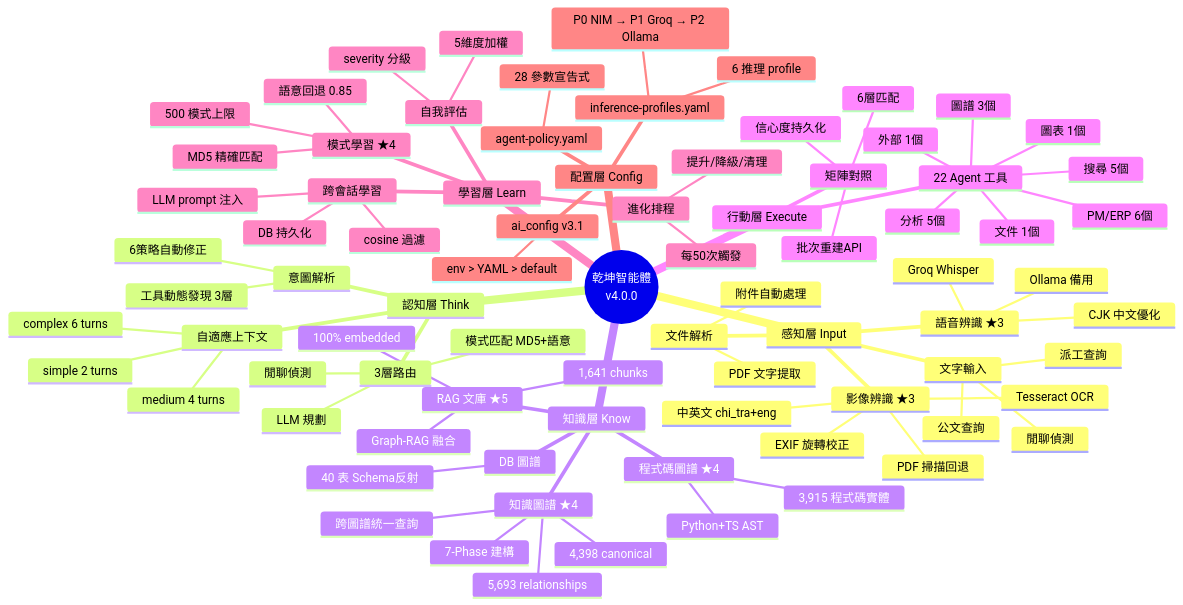
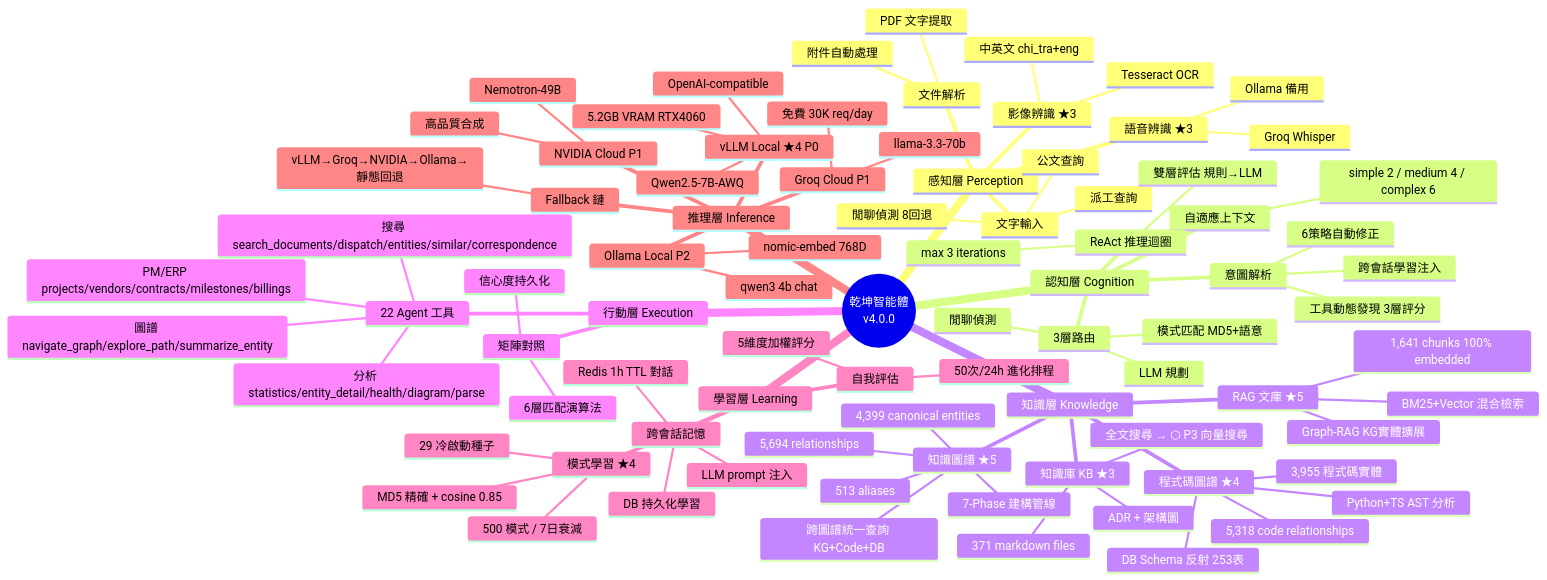
Before and after one commit to bluefishs/CK_Missive: the diagram in docs/diagrams/skills-capability-map.mmd, drawn with Mermaid. The commit also changed 2 other files, not shown here.

Commit message:
docs: v1.84.5 技能圖譜更新 + 發展藍圖 + 效益報告
- skills-capability-map.mmd: 更新至 v1.84.5 (vLLM P0, 新統計數據)
- development-roadmap.mmd: 新增技能樹發展藍圖 (主幹+分枝+P3目標)
- v1.84.5_optimization_report.md: 完整效益報告 (10 commits, 成熟度 4.1/5)

```diff
--- a/docs/diagrams/skills-capability-map.mmd
+++ b/docs/diagrams/skills-capability-map.mmd
@@ -1,85 +1,90 @@
 ---
-title: CK_Missive 乾坤智能體技能圖譜 v1.84.3
+title: CK_Missive 乾坤智能體技能圖譜 v1.84.5
 ---
 mindmap
   root((乾坤智能體<br/>v4.0.0))
-    感知層 Input
+    感知層 Perception
       文字輸入
         公文查詢
         派工查詢
-        閒聊偵測
+        閒聊偵測 8回退
       語音辨識 ★3
         Groq Whisper
         Ollama 備用
-        CJK 中文優化
       影像辨識 ★3
         Tesseract OCR
         中英文 chi_tra+eng
-        PDF 掃描回退
-        EXIF 旋轉校正
       文件解析
         PDF 文字提取
         附件自動處理
-    認知層 Think
+    認知層 Cognition
       3層路由
         閒聊偵測
         模式匹配 MD5+語意
         LLM 規劃
       意圖解析
         6策略自動修正
-        工具動態發現 3層
+        工具動態發現 3層評分
+        跨會話學習注入
       自適應上下文
-        simple 2 turns
-        medium 4 turns
-        complex 6 turns
-    知識層 Know
-      知識圖譜 ★4
-        4,398 canonical
-        5,693 relationships
-        7-Phase 建構
-        跨圖譜統一查詢
+        simple 2 / medium 4 / complex 6
+      ReAct 推理迴圈
+        max 3 iterations
+        雙層評估 規則→LLM
+    知識層 Knowledge
+      知識圖譜 ★5
+        4,399 canonical entities
+        5,694 relationships
+        513 aliases
+        7-Phase 建構管線
+        跨圖譜統一查詢 KG+Code+DB
       程式碼圖譜 ★4
-        3,915 程式碼實體
-        Python+TS AST
-      DB 圖譜
-        40 表 Schema反射
+        3,955 程式碼實體
+        5,318 code relationships
+        Python+TS AST 分析
+        DB Schema 反射 253表
       RAG 文庫 ★5
-        1,641 chunks
-        100% embedded
-        Graph-RAG 融合
-    行動層 Execute
+        1,641 chunks 100% embedded
+        BM25+Vector 混合檢索
+        Graph-RAG KG實體擴展
+      知識庫 KB ★3
+        371 markdown files
+        ADR + 架構圖
+        全文搜尋 → ⬡ P3 向量搜尋
+    行動層 Execution
       22 Agent 工具
-        搜尋 5個
-        分析 5個
-        圖譜 3個
-        PM/ERP 6個
-        圖表 1個
-        文件 1個
-        外部 1個
+        搜尋 search_documents/dispatch/entities/similar/correspondence
+        分析 statistics/entity_detail/health/diagram/parse
+        圖譜 navigate_graph/explore_path/summarize_entity
+        PM/ERP projects/vendors/contracts/milestones/billings
       矩陣對照
-        6層匹配
+        6層匹配演算法
         信心度持久化
-        批次重建API
-    學習層 Learn
+    學習層 Learning
       模式學習 ★4
-        MD5 精確匹配
-        語意回退 0.85
-        500 模式上限
+        MD5 精確 + cosine 0.85
+        500 模式 / 7日衰減
+        29 冷啟動種子
       自我評估
-        5維度加權
-        severity 分級
-      進化排程
-        每50次觸發
-        提升/降級/清理
-      跨會話學習
-        DB 持久化
-        cosine 過濾
+        5維度加權評分
+        50次/24h 進化排程
+      跨會話記憶
+        Redis 1h TTL 對話
+        DB 持久化學習
         LLM prompt 注入
-    配置層 Config
-      agent-policy.yaml
-        28 參數宣告式
-      inference-profiles.yaml
-        6 推理 profile
-        P0 NIM → P1 Groq → P2 Ollama
-      ai_config v3.1
-        env > YAML > default
+    推理層 Inference
+      vLLM Local ★4 P0
+        Qwen2.5-7B-AWQ
+        5.2GB VRAM RTX4060
+        OpenAI-compatible
+      Groq Cloud P1
+        llama-3.3-70b
+        免費 30K req/day
+      NVIDIA Cloud P1
+        Nemotron-49B
+        高品質合成
+      Ollama Local P2
+        qwen3 4b chat
+        nomic-embed 768D
+      Fallback 鏈
+        vLLM→Groq→NVIDIA→Ollama→靜態回退
```
